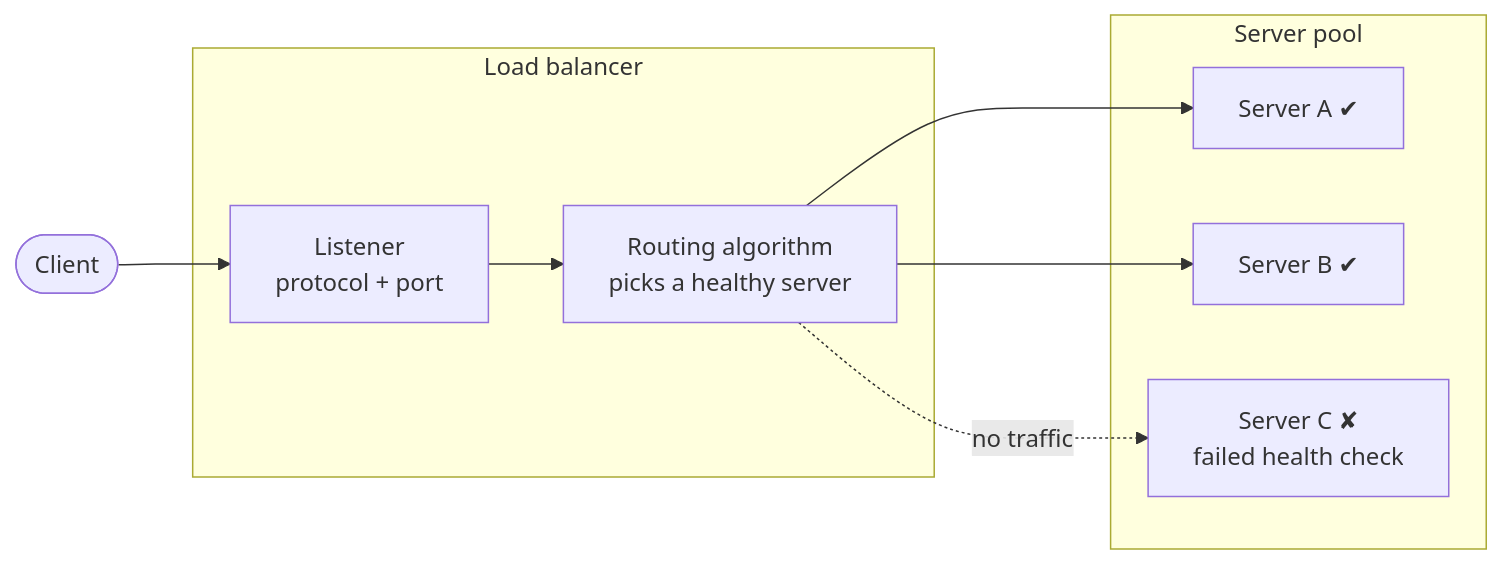
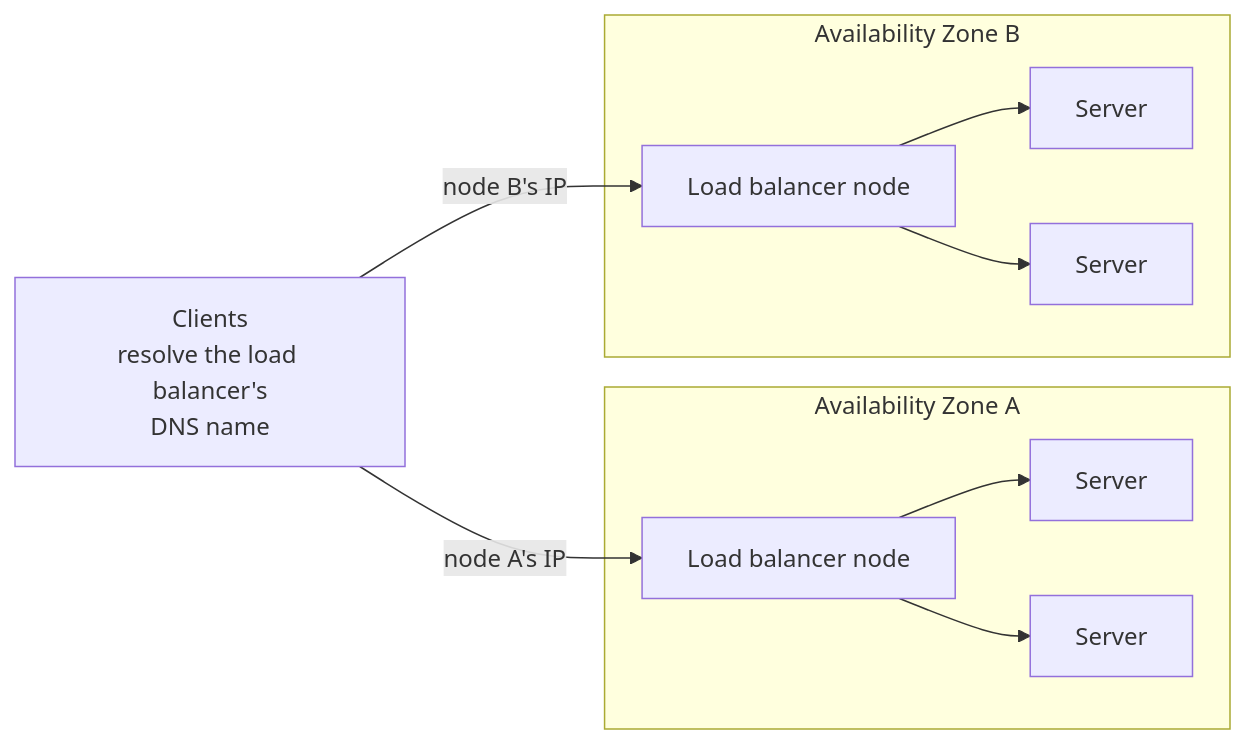
One commit to AndresLopezEsquivel/AWS changed the first of 5 diagrams in topics/networking/elb/elb-overview.md. Above: the diagram before and after it, drawn with Mermaid. The commit also changed other lines of this file and 1 other file, not shown here.

First line of the commit message:
docs(networking): rewrite the load balancers overview note

````diff
--- a/topics/networking/elb/elb-overview.md
+++ b/topics/networking/elb/elb-overview.md
@@ -28,16 +66,13 @@
 ```mermaid
 flowchart LR
-    C([Client])
-    subgraph LB [Load balancer]
-        L["Listener<br/>protocol + port"] --> A["Routing algorithm<br/>picks a healthy server"]
+    C["Clients<br/>resolve the load balancer's<br/>DNS name"] -- "node A's IP" --> N1
+    C -- "node B's IP" --> N2
+    subgraph AZ1["Availability Zone A"]
+        N1["Load balancer node"] --> S1["Server"]
+        N1 --> S2["Server"]
     end
-    subgraph P [Server pool]
-        S1["Server A ✔"]
-        S2["Server B ✔"]
-        S3["Server C ✘<br/>failed health check"]
+    subgraph AZ2["Availability Zone B"]
+        N2["Load balancer node"] --> S3["Server"]
+        N2 --> S4["Server"]
     end
-    C --> L
-    A --> S1
-    A --> S2
-    A -. no traffic .-> S3
 ```
````
